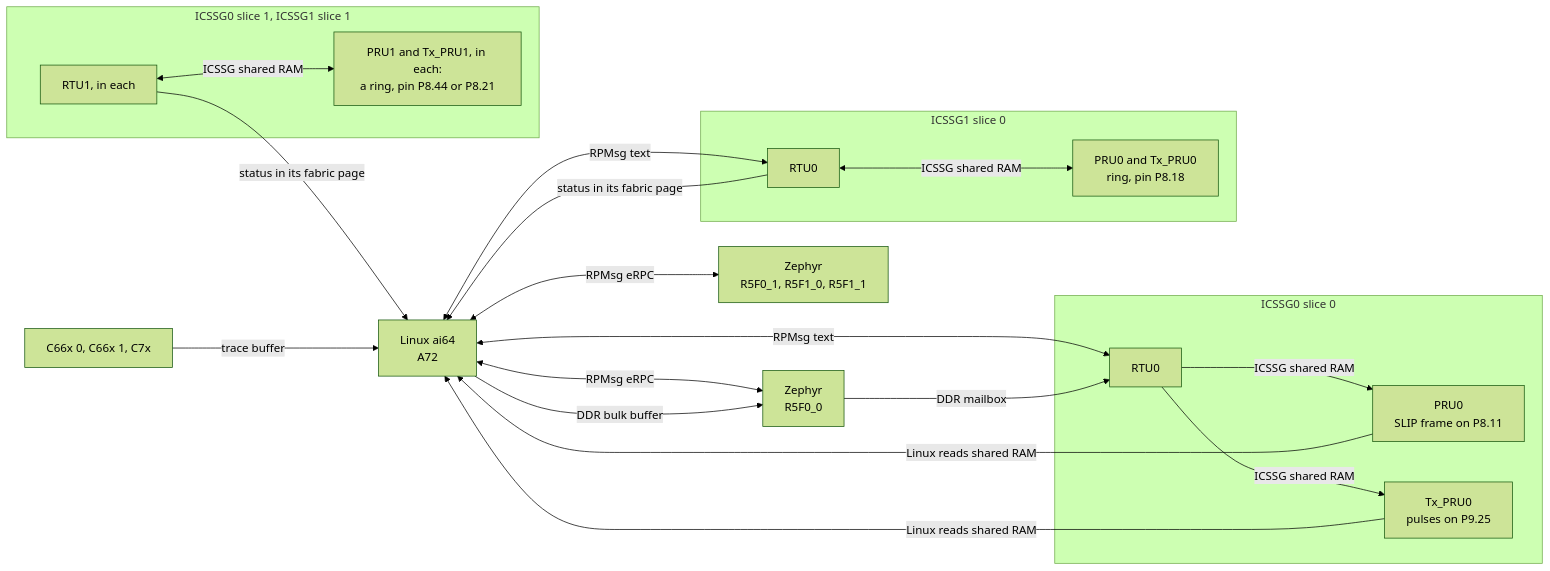
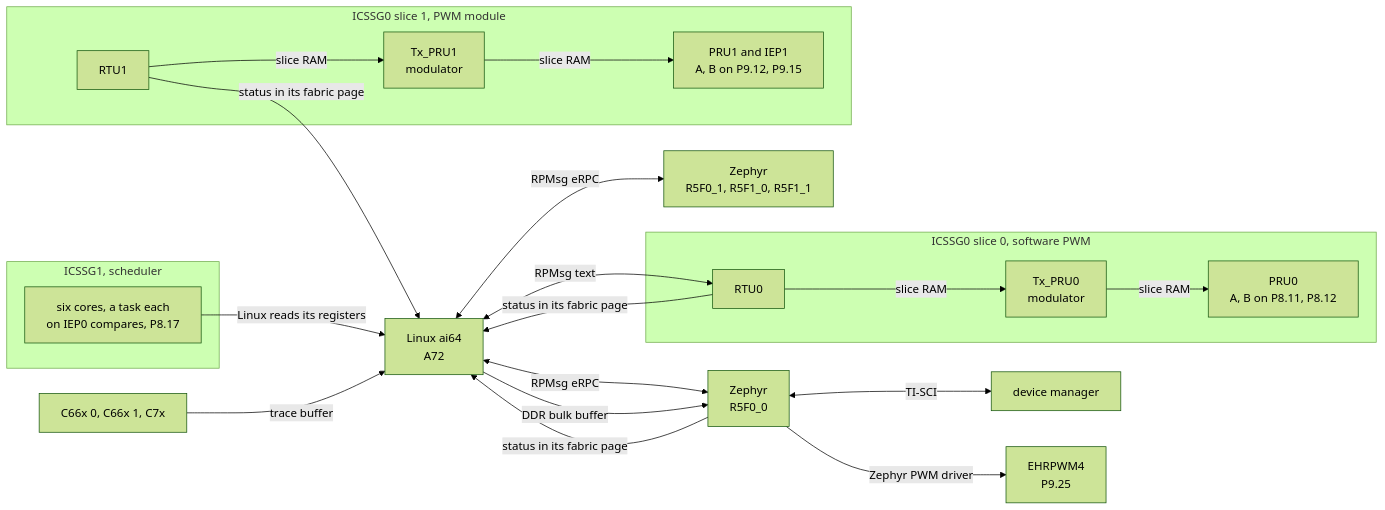
One commit to kevinacahalan/BeagleBoneAI64-linux-zephyr-pru-c7x-c66x-demo changed the first of 2 diagrams in README.md. Above: the diagram before and after it, drawn with Mermaid (forest theme). The commit also changed other lines of this file and 10 other files, not shown here.

First line of the commit message:
Docs for the PWM projects, the scheduler port, and EHRPWM on P9.25

````diff
--- a/README.md
+++ b/README.md
@@ -16,35 +14,37 @@
 ```mermaid
 flowchart LR
   ai64["Linux ai64<br/>A72"]
   r5["Zephyr<br/>R5F0_0"]
   r5b["Zephyr<br/>R5F0_1, R5F1_0, R5F1_1"]
+  dm["device manager"]
+  ep["EHRPWM4<br/>P9.25"]
   dsp["C66x 0, C66x 1, C7x"]
-  subgraph s00["ICSSG0 slice 0"]
+  subgraph s00["ICSSG0 slice 0, software PWM"]
     rtu0["RTU0"]
-    pru0["PRU0<br/>SLIP frame on P8.11"]
-    tx["Tx_PRU0<br/>pulses on P9.25"]
+    tx0["Tx_PRU0<br/>modulator"]
+    pru0["PRU0<br/>A, B on P8.11, P8.12"]
   end
-  subgraph s10["ICSSG1 slice 0"]
-    g1rtu0["RTU0"]
-    ring10["PRU0 and Tx_PRU0<br/>ring, pin P8.18"]
+  subgraph s01["ICSSG0 slice 1, PWM module"]
+    rtu1["RTU1"]
+    tx1["Tx_PRU1<br/>modulator"]
+    pru1["PRU1 and IEP1<br/>A, B on P9.12, P9.15"]
   end
-  subgraph sx1["ICSSG0 slice 1, ICSSG1 slice 1"]
-    rtu1["RTU1, in each"]
-    ringx1["PRU1 and Tx_PRU1, in each:<br/>a ring, pin P8.44 or P8.21"]
+  subgraph g1["ICSSG1, scheduler"]
+    mcs["six cores, a task each<br/>on IEP0 compares, P8.17"]
   end
   ai64 <-->|"RPMsg eRPC"| r5
   ai64 <-->|"RPMsg eRPC"| r5b
   ai64 -->|"DDR bulk buffer"| r5
+  r5 <-->|"TI-SCI"| dm
+  r5 -->|"Zephyr PWM driver"| ep
   ai64 <-->|"RPMsg text"| rtu0
-  r5 -->|"DDR mailbox"| rtu0
-  rtu0 -->|"ICSSG shared RAM"| pru0
-  rtu0 -->|"ICSSG shared RAM"| tx
-  pru0 -->|"Linux reads shared RAM"| ai64
-  tx -->|"Linux reads shared RAM"| ai64
-  ai64 <-->|"RPMsg text"| g1rtu0
-  g1rtu0 <-->|"ICSSG shared RAM"| ring10
-  rtu1 <-->|"ICSSG shared RAM"| ringx1
-  g1rtu0 -->|"status in its fabric page"| ai64
+  rtu0 -->|"slice RAM"| tx0
+  tx0 -->|"slice RAM"| pru0
+  rtu1 -->|"slice RAM"| tx1
+  tx1 -->|"slice RAM"| pru1
+  rtu0 -->|"status in its fabric page"| ai64
   rtu1 -->|"status in its fabric page"| ai64
+  r5 -->|"status in its fabric page"| ai64
+  mcs -->|"Linux reads its registers"| ai64
   dsp -->|"trace buffer"| ai64
 ```
````
